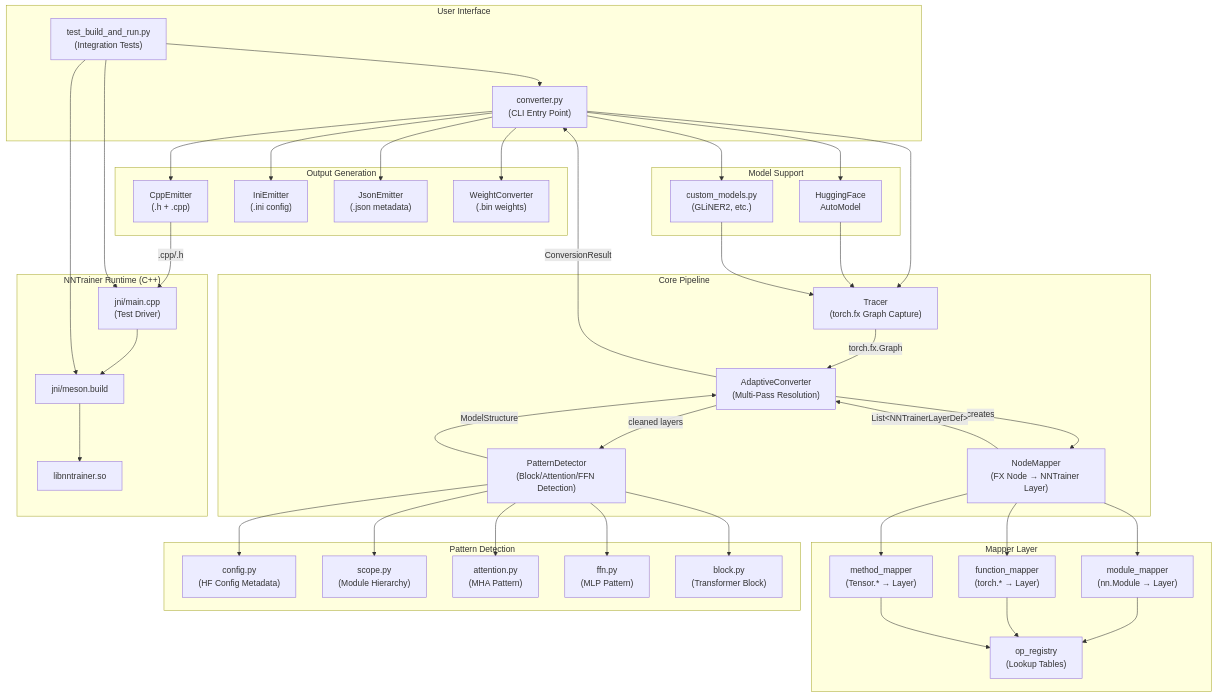
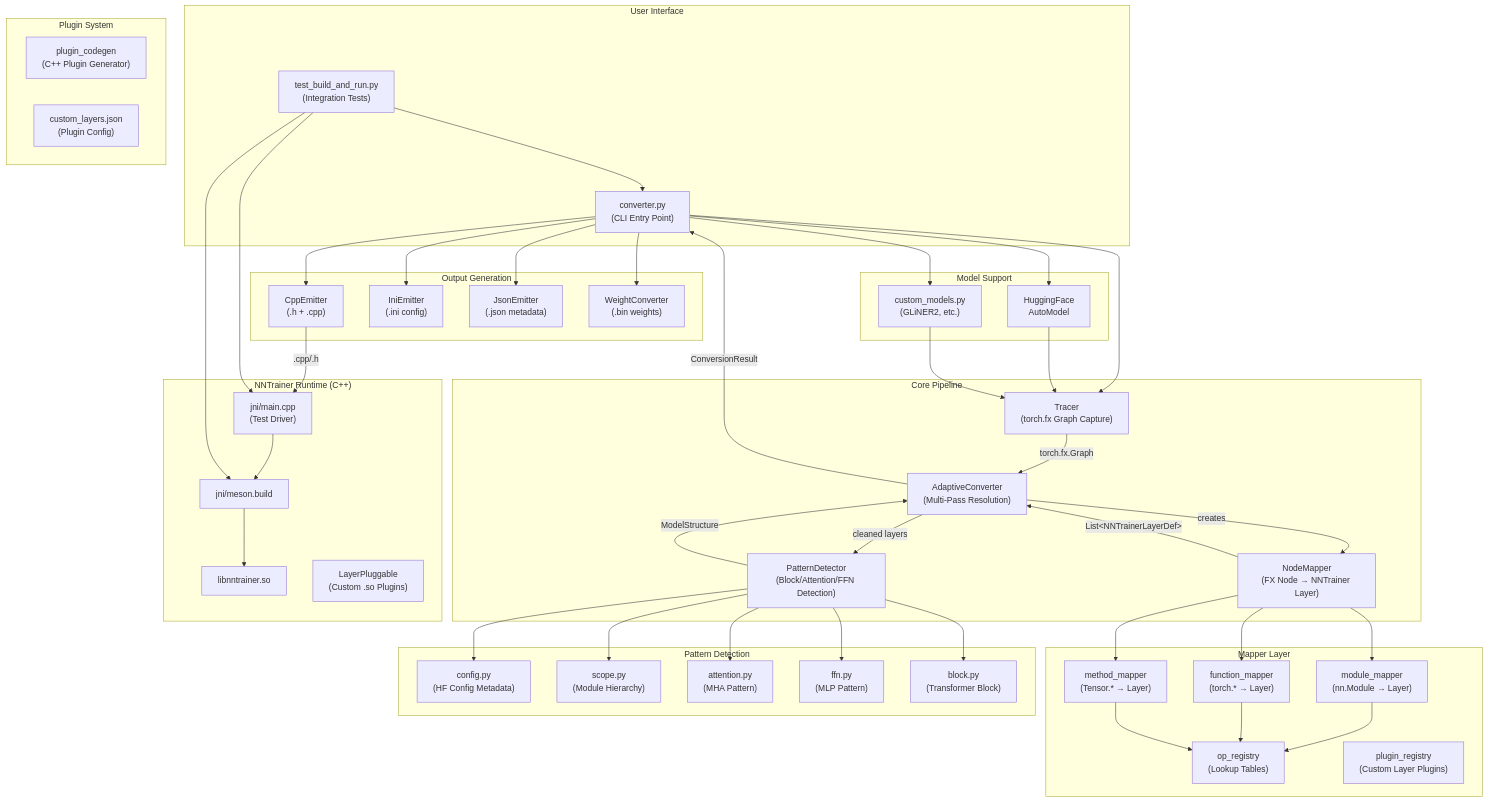
The first of 7 diagrams in Applications/TorchFXConverter/ARCHITECTURE.md (jijoongmoon/nntrainer), drawn with Mermaid before and after one commit. The commit also changed other lines of this file and 1 other file, not shown here.

First line of the commit message:
Update ARCHITECTURE.md and DESIGN.md with plugin system and new layers

```diff
--- a/Applications/TorchFXConverter/ARCHITECTURE.md
+++ b/Applications/TorchFXConverter/ARCHITECTURE.md
@@ -21,6 +21,7 @@
         FunctionMapper["function_mapper<br/>(torch.* → Layer)"]
         MethodMapper["method_mapper<br/>(Tensor.* → Layer)"]
         OpRegistry["op_registry<br/>(Lookup Tables)"]
+        PluginRegistry["plugin_registry<br/>(Custom Layer Plugins)"]
     end
 
     subgraph "Pattern Detection"
@@ -43,10 +44,16 @@
         CustomLoaders["custom_models.py<br/>(GLiNER2, etc.)"]
     end
 
+    subgraph "Plugin System"
+        PluginCodegen["plugin_codegen<br/>(C++ Plugin Generator)"]
+        PluginConfig["custom_layers.json<br/>(Plugin Config)"]
+    end
+
     subgraph "NNTrainer Runtime (C++)"
         NNTrainerLib["libnntrainer.so"]
         JNI["jni/main.cpp<br/>(Test Driver)"]
         MesonBuild["jni/meson.build"]
+        LayerPluggable["LayerPluggable<br/>(Custom .so Plugins)"]
     end
 
     CLI --> Tracer
```
